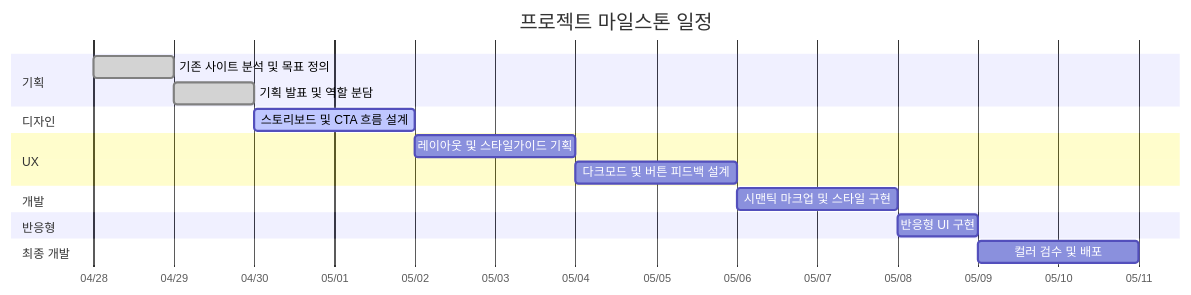
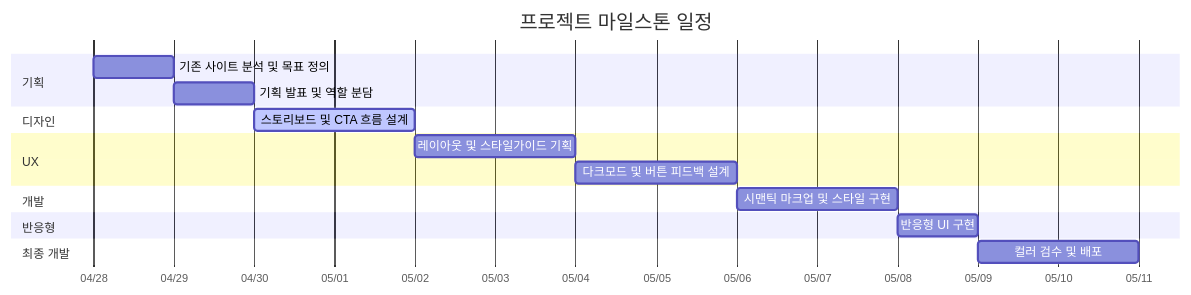
The diagram in README.md (JoYoungBin00/acme_202604), drawn with Mermaid before and after one commit.

Commit message:
feat: 수정

````diff
--- a/README.md
+++ b/README.md
@@ -73,26 +73,26 @@
 ```mermaid
 gantt
     title 프로젝트 마일스톤 일정
     dateFormat YYYY-MM-DD
     axisFormat %m/%d
 
     section 기획
-    기존 사이트 분석 및 목표 정의 :done, a1, 2026-04-28, 1d
-    기획 발표 및 역할 분담 :done, a2, 2026-04-29, 1d
+    기존 사이트 분석 및 목표 정의 :a1, 2026-04-28, 1d
+    기획 발표 및 역할 분담 :a2, 2026-04-29, 1d
 
     section 디자인
     스토리보드 및 CTA 흐름 설계 :active, b1, 2026-04-30, 2d
 
     section UX
     레이아웃 및 스타일가이드 기획 :c1, 2026-05-02, 2d
     다크모드 및 버튼 피드백 설계 :c2, 2026-05-04, 2d
 
     section 개발
     시맨틱 마크업 및 스타일 구현 :d1, 2026-05-06, 2d
 
     section 반응형
     반응형 UI 구현 :e1, 2026-05-08, 1d
 
     section 최종 개발
     컬러 검수 및 배포 :f1, 2026-05-09, 2d
 ```
````
